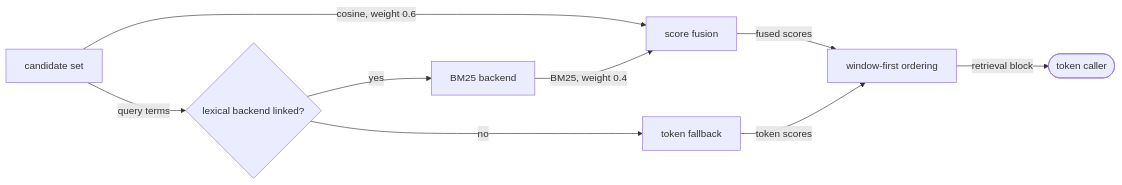
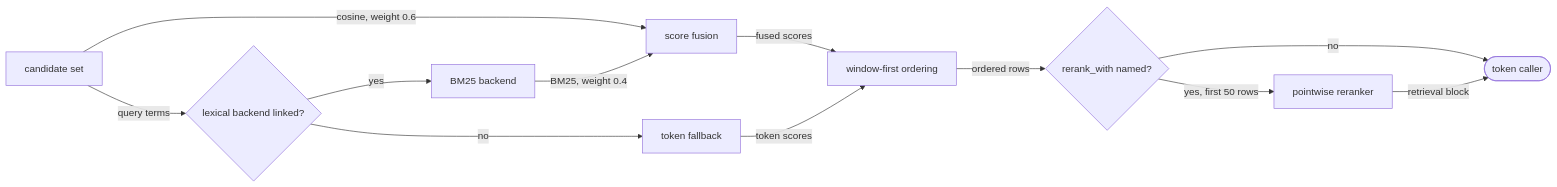
Before and after one commit to fractalboxdev/contextful: the fourth of 5 diagrams in spec/20-read.md, drawn with Mermaid. The commit also changed other lines of this file and 2 other files, not shown here.

Commit message:
read: rerank a masked post-authority window on request

````diff
--- a/spec/20-read.md
+++ b/spec/20-read.md
@@ -382,11 +398,14 @@
 ```mermaid
 flowchart LR
   C["candidate set"] -->|"cosine, weight 0.6"| FU["score fusion"]
   C -->|"query terms"| L{"lexical backend linked?"}
   L -->|"yes"| B["BM25 backend"]
   L -->|"no"| TF["token fallback"]
   B -->|"BM25, weight 0.4"| FU
   FU -->|"fused scores"| ORD["window-first ordering"]
   TF -->|"token scores"| ORD
-  ORD -->|"retrieval block"| OUT(["token caller"])
+  ORD -->|"ordered rows"| RR{"rerank_with named?"}
+  RR -->|"no"| OUT(["token caller"])
+  RR -->|"yes, first 50 rows"| RER["pointwise reranker"]
+  RER -->|"retrieval block"| OUT
 ```
````
